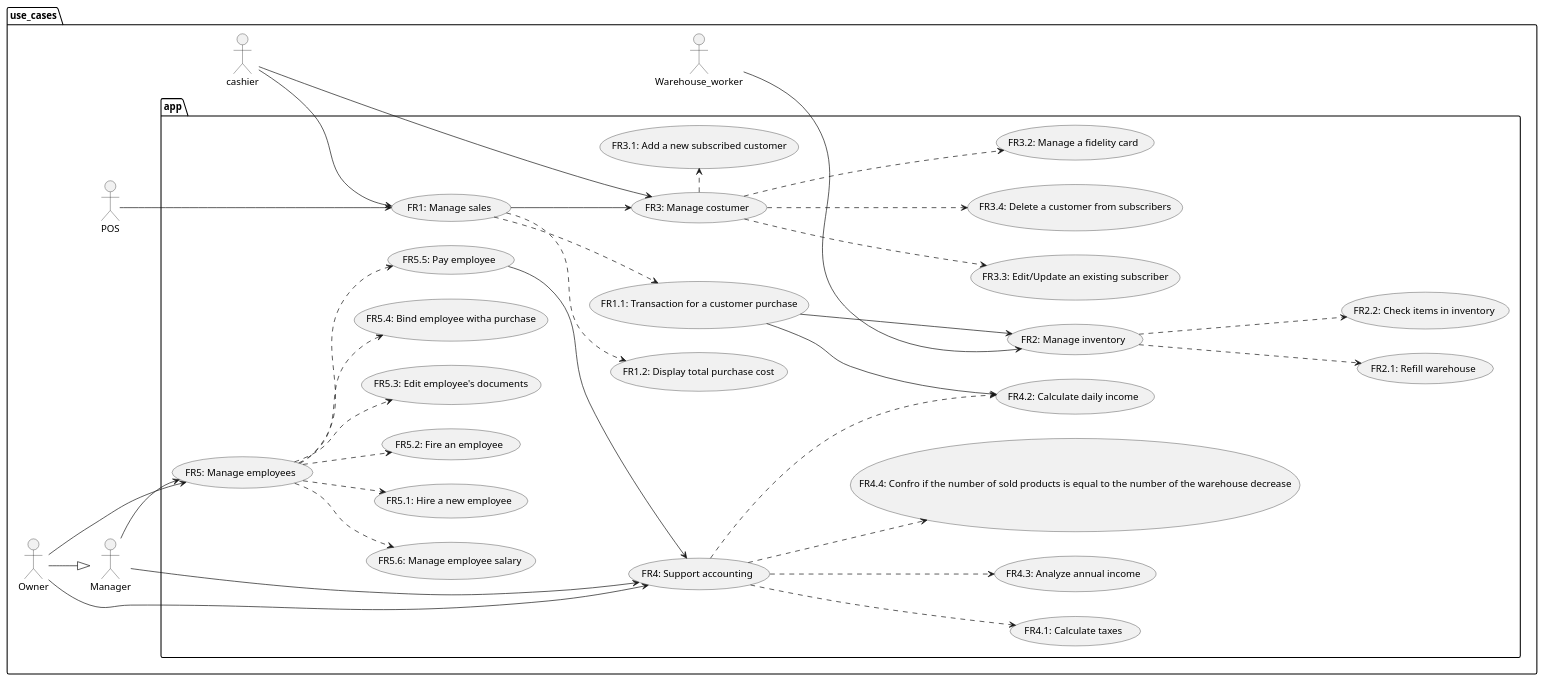
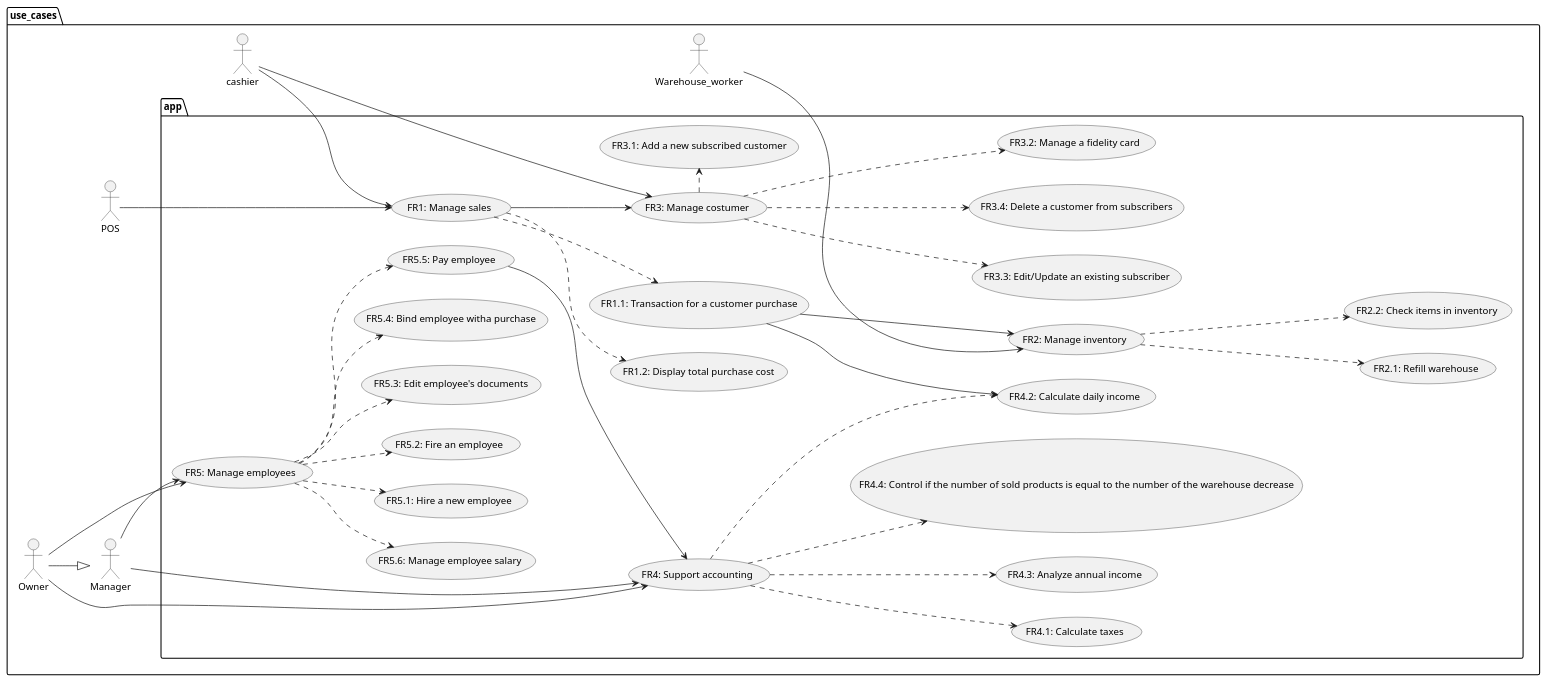
The second of 2 diagrams in Deliverables/RequirementsDocument.md (mkexc/ezshop), drawn with PlantUML before and after one commit. The commit also changed other lines of this file, not shown here.

````diff
--- a/Deliverables/RequirementsDocument.md
+++ b/Deliverables/RequirementsDocument.md
@@ -185,77 +174,77 @@
 ```plantuml
 @startuml
+
 left to right direction
 package use_cases{
     actor cashier as CSH 
     actor POS
     actor Warehouse_worker as WW
     actor Manager as MNG
     actor Owner as OWN
 
     package app {
         usecase "FR1: Manage sales" as FR1
         usecase "FR1.1: Transaction for a customer purchase" as FR1_1
         usecase "FR1.2: Display total purchase cost" as FR1_2
         usecase "FR2: Manage inventory" as FR2
         usecase "FR2.1: Refill warehouse" as FR2_1
         usecase "FR2.2: Check items in inventory" as FR2_2
         usecase "FR3: Manage costumer" as FR3
         usecase "FR3.1: Add a new subscribed customer" as FR3_1
         usecase "FR3.2: Manage a fidelity card" as FR3_2
         usecase "FR3.3: Edit/Update an existing subscriber" as FR3_3
         usecase "FR3.4: Delete a customer from subscribers" as FR3_4
         usecase "FR4: Support accounting" as FR4
         usecase "FR4.1: Calculate taxes" as FR4_1
         usecase "FR4.2: Calculate daily income" as FR4_2
         usecase "FR4.3: Analyze annual income" as FR4_3
-        usecase "FR4.4: Confro if the number of sold products is equal to the number of the warehouse decrease" as FR4_4
+        usecase "FR4.4: Control if the number of sold products is equal to the number of the warehouse decrease" as FR4_4
         usecase "FR5: Manage employees" as FR5
         usecase "FR5.1: Hire a new employee" as FR5_1
         usecase "FR5.2: Fire an employee" as FR5_2
         usecase "FR5.3: Edit employee's documents" as FR5_3
         usecase "FR5.4: Bind employee witha purchase" as FR5_4
         usecase "FR5.5: Pay employee" as FR5_5
         usecase "FR5.6: Manage employee salary" as FR5_6
 
         CSH --> FR1
         CSH --> FR3
         POS ---> FR1
         WW  --> FR2
         MNG --> FR5
         MNG --> FR4
         OWN --|> MNG
         OWN --> FR5
         OWN --> FR4
 
         FR1 --> FR3
         FR1 ..> FR1_1
         FR1 ..> FR1_2
         FR1_1 --> FR2
         FR1_1 --> FR4_2
 
         FR2 ..> FR2_1
         FR2 ..> FR2_2
 
         FR3 .> FR3_1
         FR3 ..> FR3_2
         FR3 ..> FR3_3
         FR3 ..> FR3_4
 
         FR4 ..> FR4_1
         FR4 ..> FR4_2
         FR4 ..> FR4_3
         FR4 ..> FR4_4
 
         FR5 ..> FR5_1
         FR5 ..> FR5_2
         FR5 ..> FR5_3
         FR5 ..> FR5_4
         FR5 ..> FR5_5
         FR5 ..> FR5_6
         FR5_5 --> FR4
-
     }
 }
 
 @enduml
 ```
````
